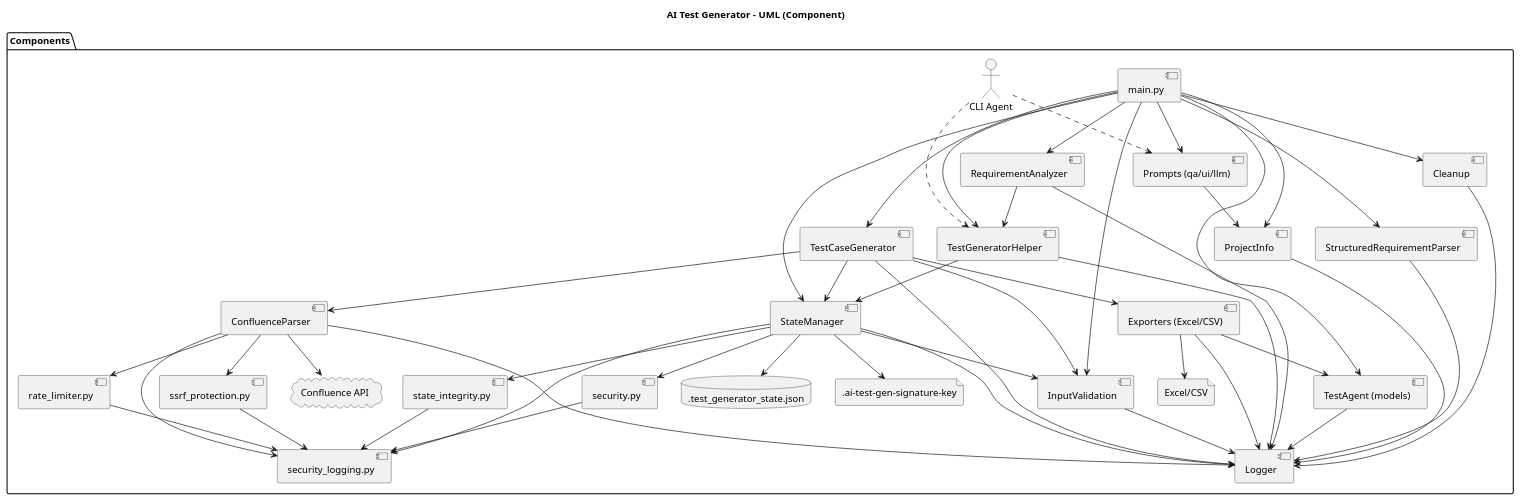
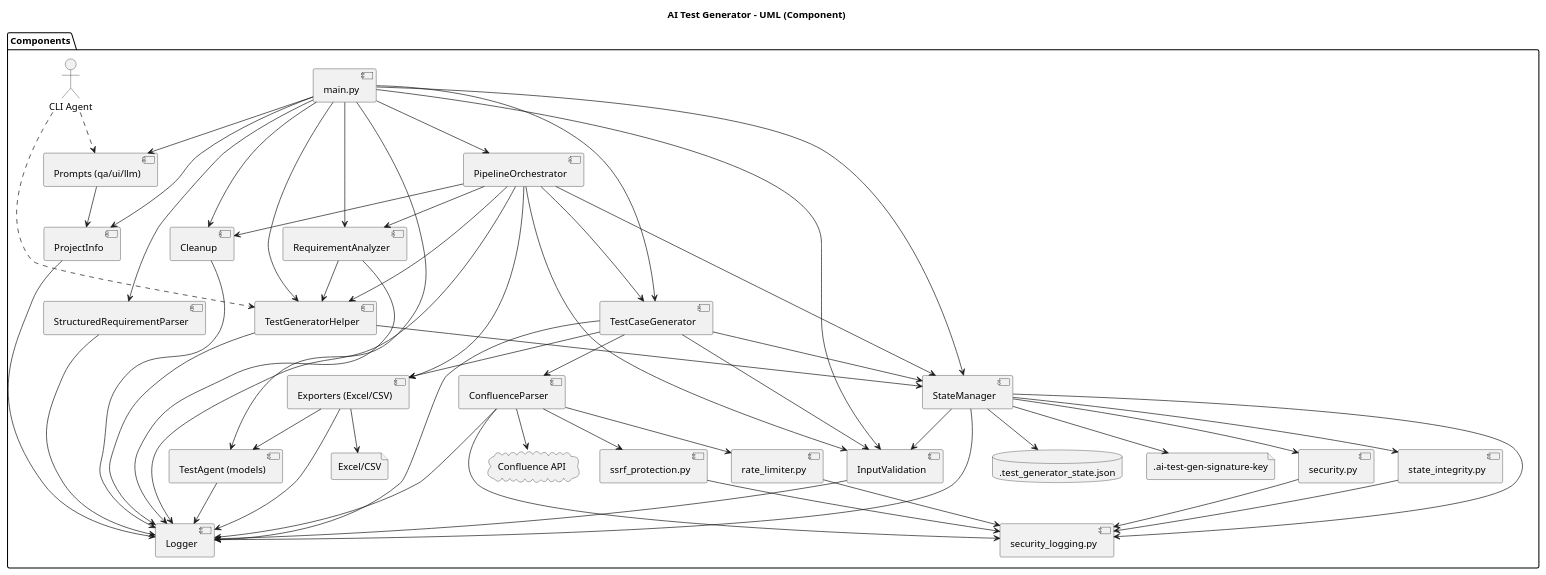
One commit to snromanov/ai-test-generator changed the diagram in UML.puml. Above: the diagram before and after it, drawn with PlantUML. The commit also changed 13 other files, not shown here.

```diff
--- a/UML.puml
+++ b/UML.puml
@@ -1,85 +1,95 @@
 @startuml
 title AI Test Generator - UML (Component)
 hide stereotypes
 
 package "Components" {
   [main.py] as CLI
   [TestAgent (models)] as AM
   [Prompts (qa/ui/llm)] as PROMPTS
   [TestCaseGenerator] as TCG
   [StateManager] as SM
   [StructuredRequirementParser] as SRP
   [TestGeneratorHelper] as TGH
   [RequirementAnalyzer] as RA
+  [PipelineOrchestrator] as PO
   [ConfluenceParser] as CP
   [Exporters (Excel/CSV)] as EXP
   [Cleanup] as CLN
   [ProjectInfo] as PI
   [InputValidation] as IV
   [Logger] as LOG
   [security.py] as SEC
   [ssrf_protection.py] as SSRF
   [rate_limiter.py] as RL
   [state_integrity.py] as SI
   [security_logging.py] as SL
   database ".test_generator_state.json" as STATE
   file ".ai-test-gen-signature-key" as SIG
   file "Excel/CSV" as OUT
   cloud "Confluence API" as CONF
   actor "CLI Agent" as AGENT
 }
 
 CLI --> TCG
 CLI --> SM
 CLI --> PROMPTS
 CLI --> SRP
 CLI --> RA
 CLI --> TGH
 CLI --> CLN
 CLI --> PI
 CLI --> IV
 CLI --> AM
+CLI --> PO
 
 TCG --> CP
 TCG --> SM
 TCG --> EXP
 TCG --> IV
 TCG --> LOG
 
 TGH --> SM
 TGH --> LOG
 RA --> TGH
 RA --> LOG
+PO --> CLN
+PO --> SM
+PO --> TGH
+PO --> RA
+PO --> TCG
+PO --> EXP
+PO --> IV
+PO --> LOG
 
 CP --> SSRF
 CP --> RL
 CP --> CONF
 CP --> SL
 CP --> LOG
 
 SM --> SEC
 SM --> SI
 SM --> IV
 SM --> STATE
 SM --> SIG
 SM --> SL
 SM --> LOG
 
 EXP --> OUT
 EXP --> AM
 EXP --> LOG
 
 SEC --> SL
 SSRF --> SL
 RL --> SL
 SI --> SL
 IV --> LOG
 CLN --> LOG
 PI --> LOG
 SRP --> LOG
 AM --> LOG
 PROMPTS --> PI
 
 AGENT ..> PROMPTS
 AGENT ..> TGH
 @enduml
```
